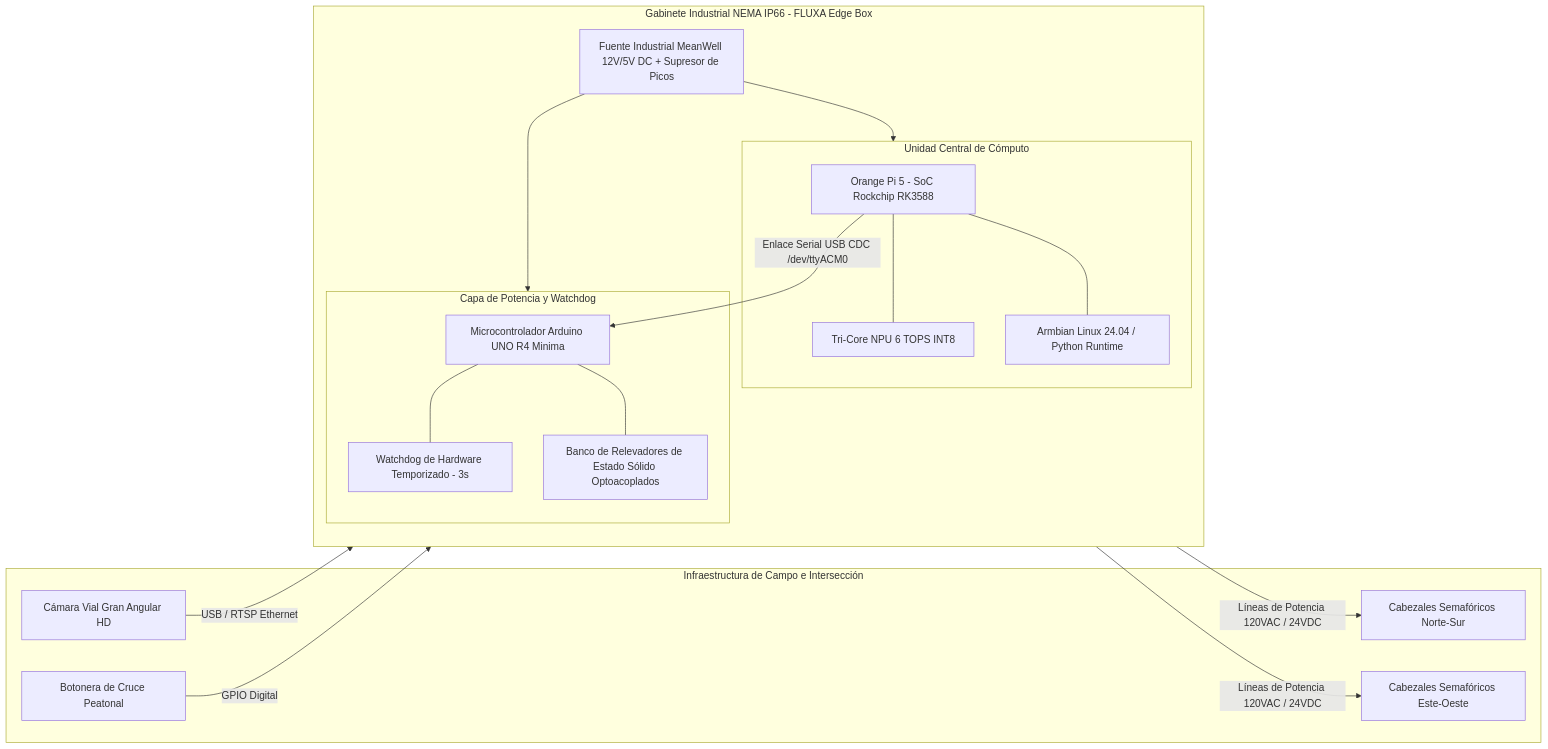
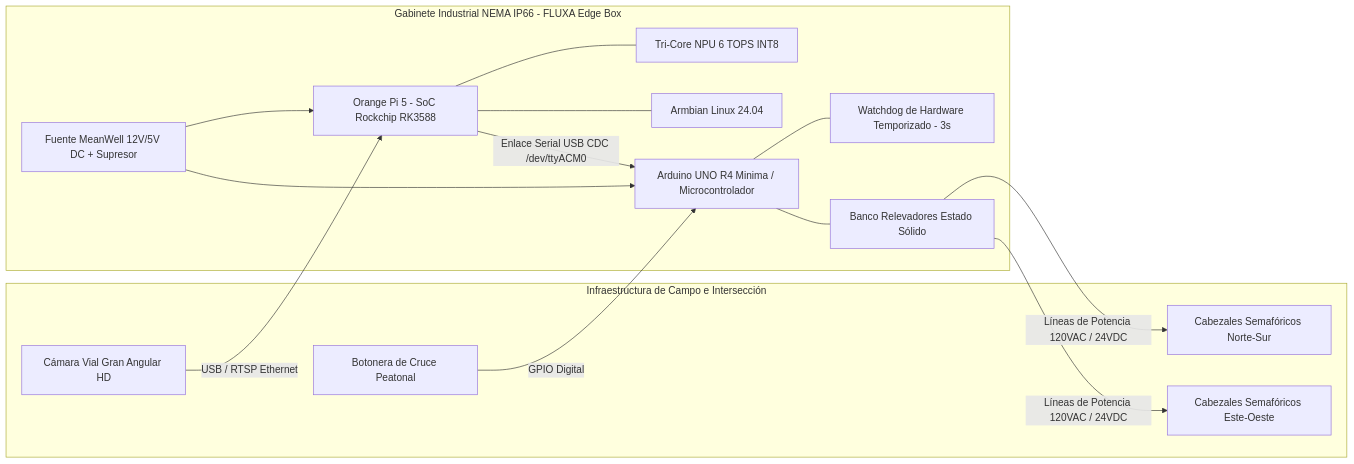
The second of 4 diagrams in docs/MANUAL_TECNICO.md (Pozole98/fluxa-smart-city), drawn with Mermaid before and after one commit. The commit also changed other lines of this file and 4 other files, not shown here.

Commit message:
fix(docs): corregir sintaxis de diagramas Mermaid para renderizado nativo en GitHub

````diff
--- a/docs/MANUAL_TECNICO.md
+++ b/docs/MANUAL_TECNICO.md
@@ -107,38 +107,31 @@
 ```mermaid
-graph LR
-    subgraph CAMPO [Infraestructura de Campo e Intersección]
-        OPTIC[Cámara Vial Gran Angular HD]
-        SIG_NS[Cabezales Semafóricos Norte-Sur]
-        SIG_EO[Cabezales Semafóricos Este-Oeste]
-        PED_BTN[Botonera de Cruce Peatonal]
+flowchart LR
+    subgraph CAMPO ["Infraestructura de Campo e Intersección"]
+        OPTIC["Cámara Vial Gran Angular HD"]
+        SIG_NS["Cabezales Semafóricos Norte-Sur"]
+        SIG_EO["Cabezales Semafóricos Este-Oeste"]
+        PED_BTN["Botonera de Cruce Peatonal"]
     end
 
-    subgraph GABINETE [Gabinete Industrial NEMA IP66 - FLUXA Edge Box]
-        direction TB
-        PSU[Fuente Industrial MeanWell 12V/5V DC + Supresor de Picos]
-        
-        subgraph SBC [Unidad Central de Cómputo]
-            OPI5[Orange Pi 5 - SoC Rockchip RK3588]
-            NPU_CORE[Tri-Core NPU 6 TOPS INT8]
-            OS_ENGINE[Armbian Linux 24.04 / Python Runtime]
-            OPI5 --- NPU_CORE
-            OPI5 --- OS_ENGINE
-        end
-        
-        subgraph MCU [Capa de Potencia y Watchdog]
-            ARD[Microcontrolador Arduino UNO R4 Minima]
-            WDOG[Watchdog de Hardware Temporizado - 3s]
-            SSR[Banco de Relevadores de Estado Sólido Optoacoplados]
-            ARD --- WDOG
-            ARD --- SSR
-        end
+    subgraph GABINETE ["Gabinete Industrial NEMA IP66 - FLUXA Edge Box"]
+        PSU["Fuente MeanWell 12V/5V DC + Supresor"]
+        OPI5["Orange Pi 5 - SoC Rockchip RK3588"]
+        NPU_CORE["Tri-Core NPU 6 TOPS INT8"]
+        OS_ENGINE["Armbian Linux 24.04"]
+        ARD["Arduino UNO R4 Minima / Microcontrolador"]
+        WDOG["Watchdog de Hardware Temporizado - 3s"]
+        SSR["Banco Relevadores Estado Sólido"]
     end
 
     OPTIC -->|USB / RTSP Ethernet| OPI5
     PED_BTN -->|GPIO Digital| ARD
     OPI5 -->|Enlace Serial USB CDC /dev/ttyACM0| ARD
     SSR -->|Líneas de Potencia 120VAC / 24VDC| SIG_NS
     SSR -->|Líneas de Potencia 120VAC / 24VDC| SIG_EO
-    PSU --> SBC
-    PSU --> MCU
+    PSU --> OPI5
+    PSU --> ARD
+    OPI5 --- NPU_CORE
+    OPI5 --- OS_ENGINE
+    ARD --- WDOG
+    ARD --- SSR
 ```
````
